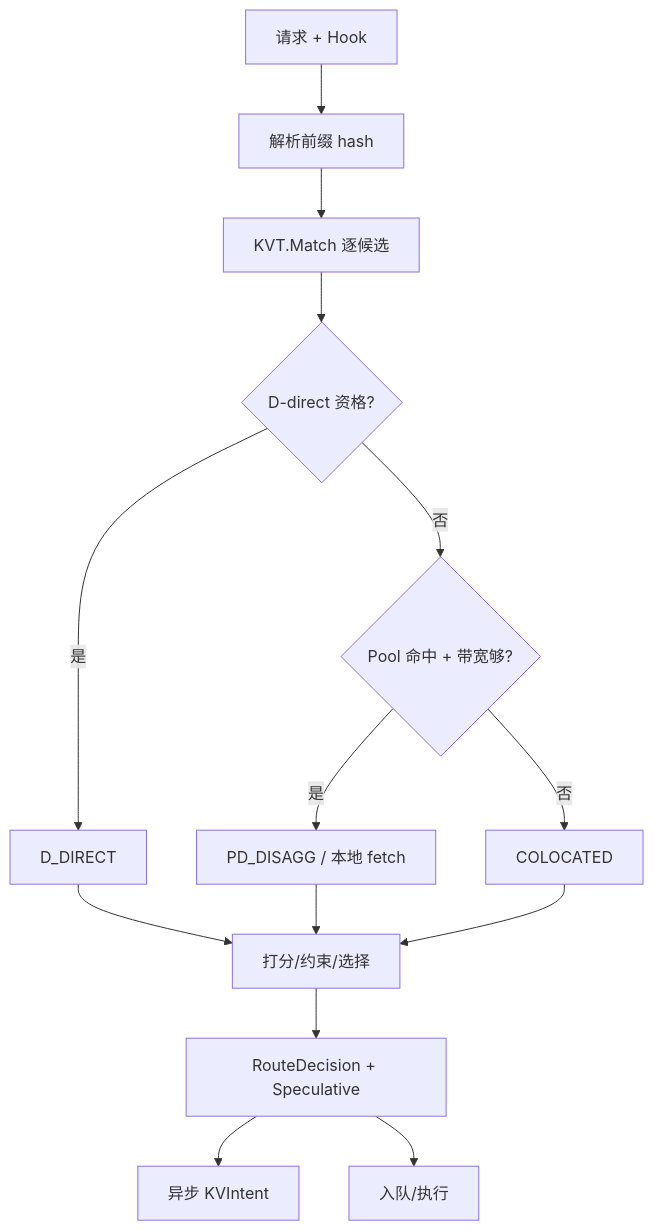
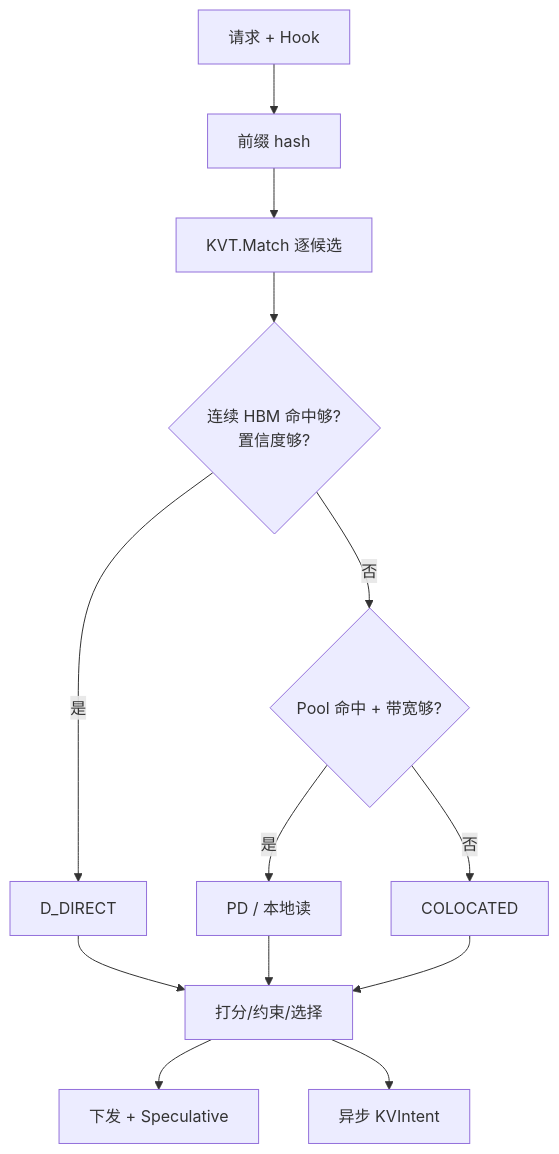
One commit to 5x8-40/lake changed the sixth of 14 diagrams in kvcm/design/D8-joint-scheduling.md. Above: the diagram before and after it, drawn with Mermaid. The commit also changed other lines of this file and 5 other files, not shown here.

````diff
--- a/kvcm/design/D8-joint-scheduling.md
+++ b/kvcm/design/D8-joint-scheduling.md
@@ -578,16 +311,15 @@
 ```mermaid
 flowchart TB
-    S["请求 + Hook"] --> P["解析前缀 hash"]
+    S["请求 + Hook"] --> P["前缀 hash"]
     P --> M["KVT.Match 逐候选"]
-    M --> C{"D-direct 资格?"}
-    C -->|"是"| DD["D_DIRECT"]
-    C -->|"否"| T{"Pool 命中 + 带宽够?"}
-    T -->|"是"| PD["PD_DISAGG / 本地 fetch"]
+    M --> D{"连续 HBM 命中够?<br/>置信度够?"}
+    D -->|"是"| DD["D_DIRECT"]
+    D -->|"否"| T{"Pool 命中 + 带宽够?"}
+    T -->|"是"| PD["PD / 本地读"]
     T -->|"否"| CO["COLOCATED"]
     DD --> SC["打分/约束/选择"]
     PD --> SC
     CO --> SC
-    SC --> D["RouteDecision + Speculative"]
-    D --> I["异步 KVIntent"]
-    D --> Q["入队/执行"]
+    SC --> O["下发 + Speculative"]
+    SC --> I["异步 KVIntent"]
 ```
````
